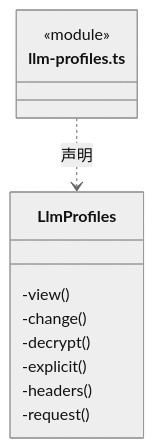
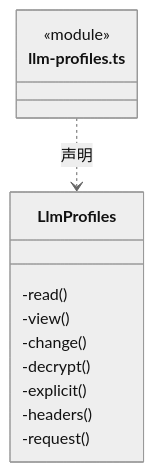
The fourth of 5 diagrams in src/logic/models/service/ARCHITECTURE.md (nan023062/cbim), drawn with Mermaid (neutral theme) before and after one commit. The commit also changed other lines of this file and 36 other files, not shown here.

````diff
--- a/src/logic/models/service/ARCHITECTURE.md
+++ b/src/logic/models/service/ARCHITECTURE.md
@@ -108,15 +108,16 @@
 ```mermaid
 classDiagram
 class N_src_logic_models_service_llm_profiles_ts["llm-profiles.ts"] {
   <<module>>
 }
 class N_src_logic_models_service_llm_profiles_ts_LlmProfiles["LlmProfiles"] {
+  -read()
   -view()
   -change()
   -decrypt()
   -explicit()
   -headers()
   -request()
 }
 N_src_logic_models_service_llm_profiles_ts ..> N_src_logic_models_service_llm_profiles_ts_LlmProfiles : 声明
 ```
````
